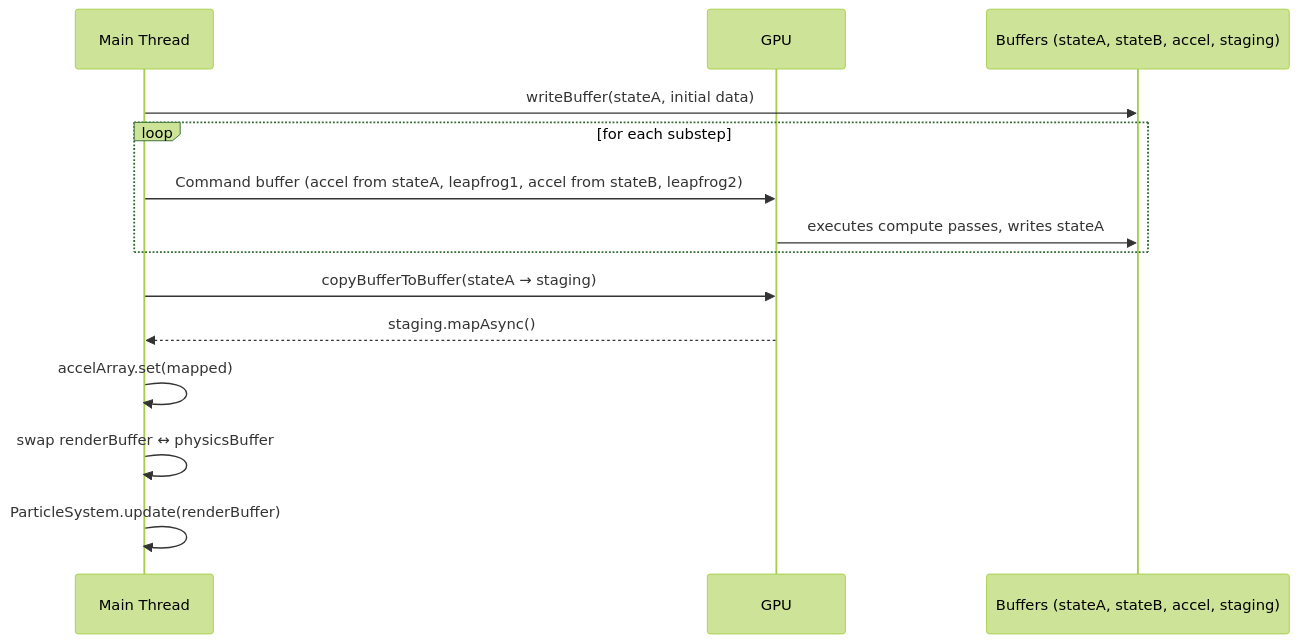
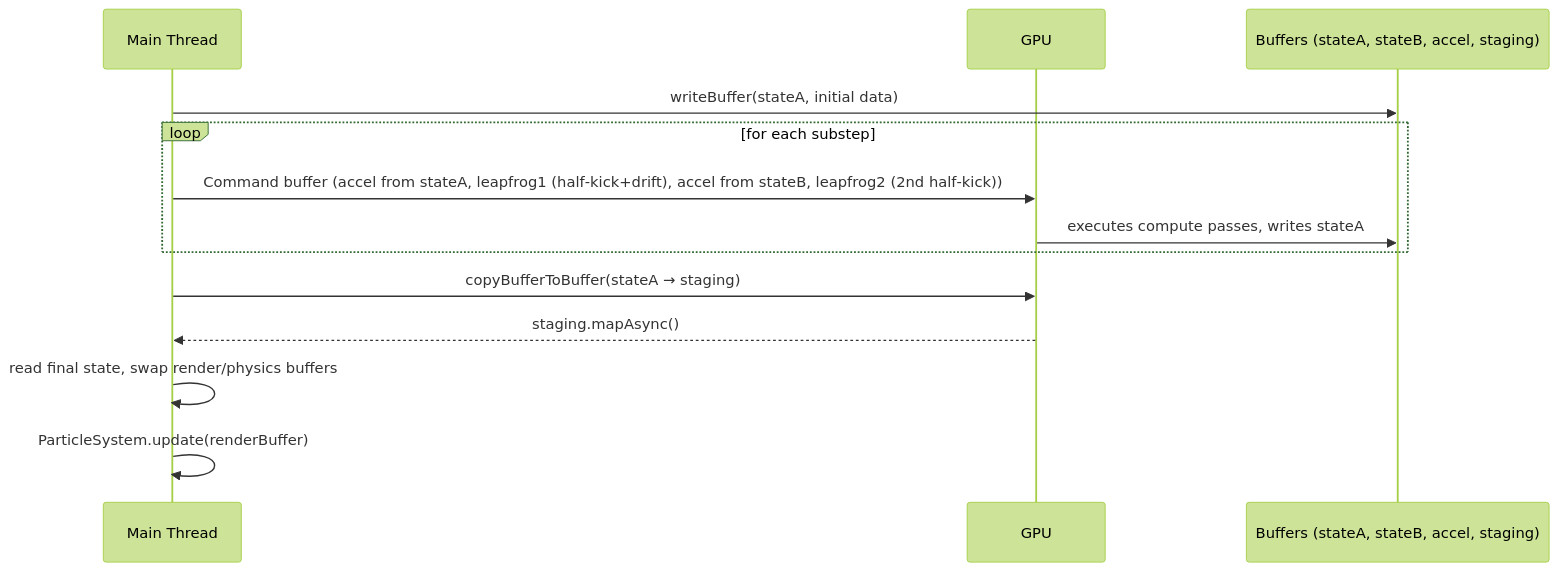
The third of 4 diagrams in README.md (richie-rich90454/n-body-sim), drawn with Mermaid (forest theme) before and after one commit. The commit also changed other lines of this file and 2 other files, not shown here.

Commit message:
docs: update README to reflect full GPU leapfrog integration and CPU fallback details

````diff
--- a/README.md
+++ b/README.md
@@ -132,16 +132,15 @@
 ```mermaid
 sequenceDiagram
     participant Main as Main Thread
     participant GPU as GPU
     participant Buf as Buffers (stateA, stateB, accel, staging)
     Main->>Buf: writeBuffer(stateA, initial data)
     loop for each substep
-        Main->>GPU: Command buffer (accel from stateA, leapfrog1, accel from stateB, leapfrog2)
+        Main->>GPU: Command buffer (accel from stateA, leapfrog1 (half‑kick+drift), accel from stateB, leapfrog2 (2nd half‑kick))
         GPU->>Buf: executes compute passes, writes stateA
     end
     Main->>GPU: copyBufferToBuffer(stateA → staging)
     GPU-->>Main: staging.mapAsync()
-    Main->>Main: accelArray.set(mapped)
-    Main->>Main: swap renderBuffer ↔ physicsBuffer
+    Main->>Main: read final state, swap render/physics buffers
     Main->>Main: ParticleSystem.update(renderBuffer)
 ```
````
